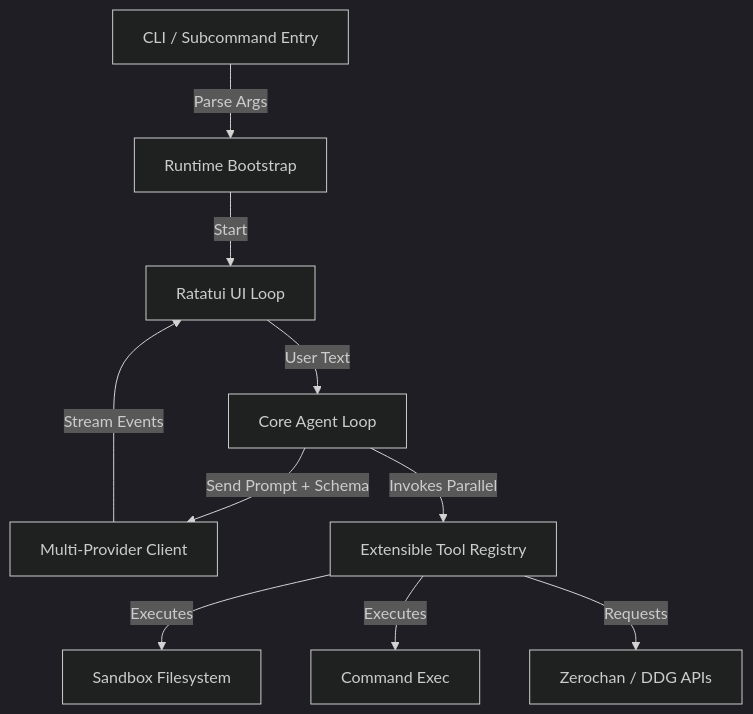
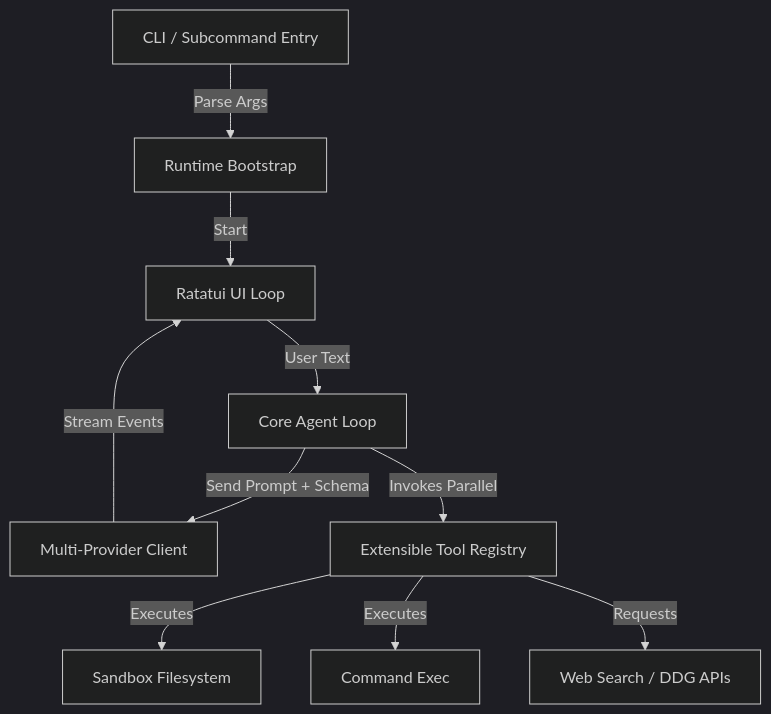
The diagram in README.md (Pratik-3706/Norvexum), drawn with Mermaid (dark theme) before and after one commit. The commit also changed other lines of this file and 4 other files, not shown here.

First line of the commit message:
chore: remove zerochan_search, Zerochan's API no longer accepts automated agents

````diff
--- a/README.md
+++ b/README.md
@@ -18,12 +18,12 @@
 ```mermaid
 graph TD
     CLI[CLI / Subcommand Entry] --> |Parse Args| Main[Runtime Bootstrap]
     Main --> |Start| TUI[Ratatui UI Loop]
     TUI --> |User Text| Agent[Core Agent Loop]
     Agent --> |Send Prompt + Schema| AI[Multi-Provider Client]
     AI --> |Stream Events| TUI
     Agent --> |Invokes Parallel| Tools[Extensible Tool Registry]
     Tools --> |Executes| LocalFiles[Sandbox Filesystem]
     Tools --> |Executes| Shell[Command Exec]
-    Tools --> |Requests| Zerochan[Zerochan / DDG APIs]
+    Tools --> |Requests| Web[Web Search / DDG APIs]
 ```
````
